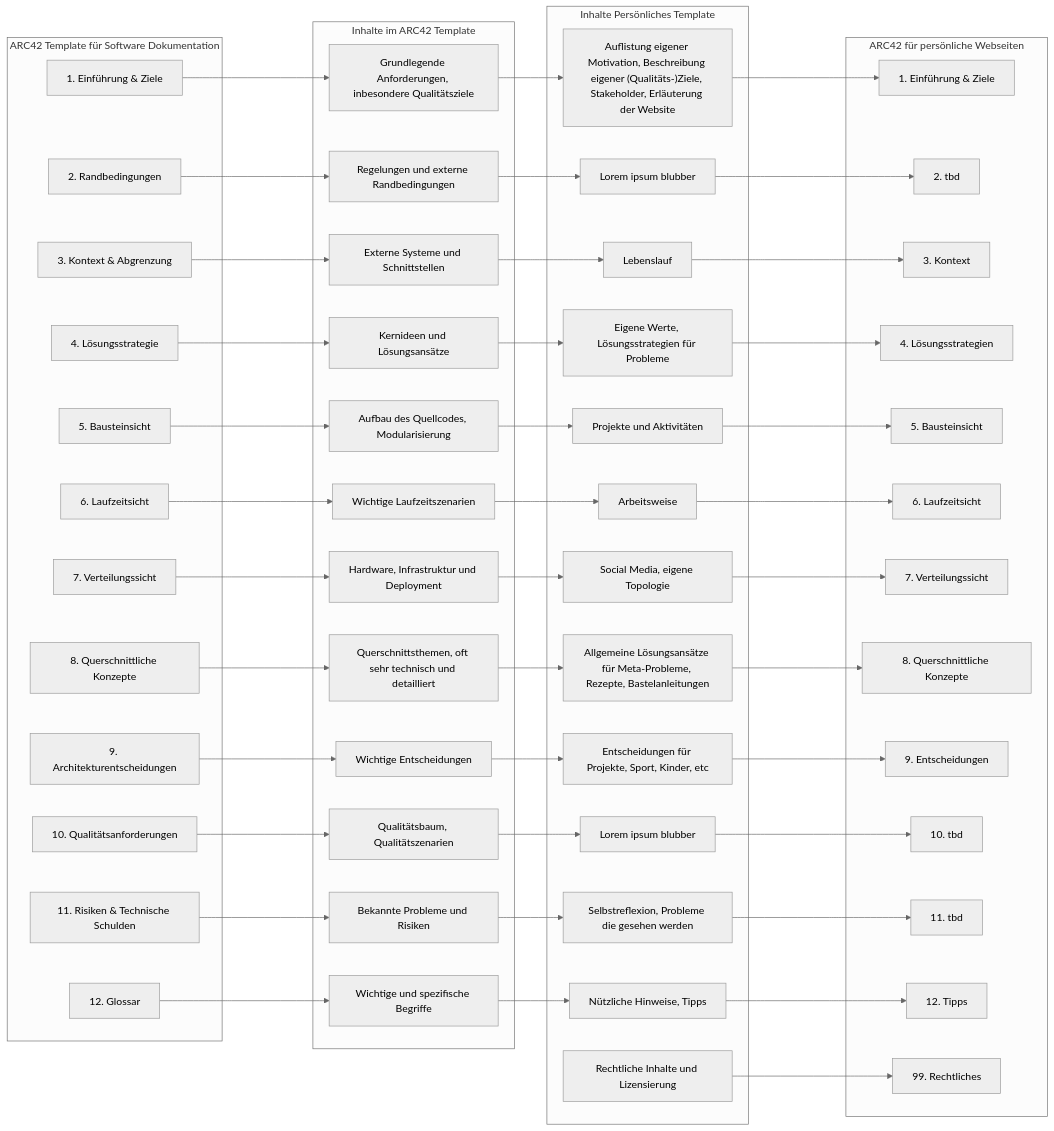
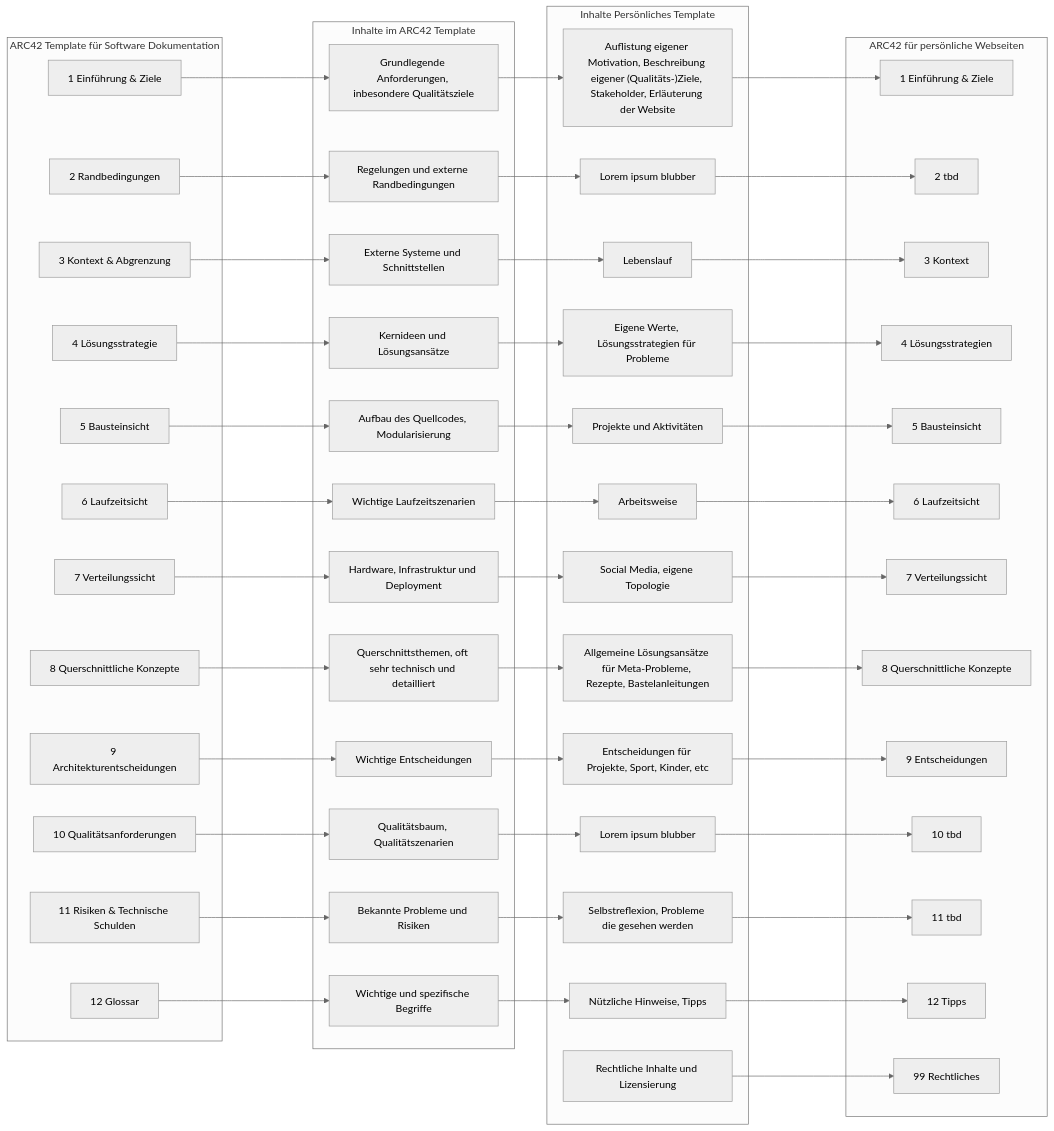
One commit to md42/arc42-website changed the diagram in docs/einfuehrung/mapping.md. Above: the diagram before and after it, drawn with Mermaid (neutral theme).

````diff
--- a/docs/einfuehrung/mapping.md
+++ b/docs/einfuehrung/mapping.md
@@ -9,78 +9,78 @@
 ```mermaid
 flowchart LR
     subgraph arc42-software[ARC42 Template für Software Dokumentation]
-        oGoals[1. Einführung & Ziele]
-        oConstraints[2. Randbedingungen]
-        oContext[3. Kontext & Abgrenzung]
-        oSolution[4. Lösungsstrategie]
-        oBlocks[5. Bausteinsicht]
-        oRuntime[6. Laufzeitsicht]
-        oDistribution[7. Verteilungssicht]
-        oCross[8. Querschnittliche Konzepte]
-        oArc[9. Architekturentscheidungen]
-        oQA[10. Qualitätsanforderungen]
-        oRisks[11. Risiken & Technische Schulden]
-        oGlossar[12. Glossar]
+        oGoals[1 Einführung & Ziele]
+        oConstraints[2 Randbedingungen]
+        oContext[3 Kontext & Abgrenzung]
+        oSolution[4 Lösungsstrategie]
+        oBlocks[5 Bausteinsicht]
+        oRuntime[6 Laufzeitsicht]
+        oDistribution[7 Verteilungssicht]
+        oCross[8 Querschnittliche Konzepte]
+        oArc[9 Architekturentscheidungen]
+        oQA[10 Qualitätsanforderungen]
+        oRisks[11 Risiken & Technische Schulden]
+        oGlossar[12 Glossar]
     end
 
     subgraph oContent[Inhalte im ARC42 Template]
         ocGoals[Grundlegende Anforderungen, inbesondere Qualitätsziele]
         ocConstraints[Regelungen und externe Randbedingungen]
         ocContext[Externe Systeme und Schnittstellen]
         ocSolution[Kernideen und Lösungsansätze]
         ocBlocks[Aufbau des Quellcodes, Modularisierung]
         ocRuntime[Wichtige Laufzeitszenarien]
         ocDistribution[Hardware, Infrastruktur und Deployment]
         ocCross[Querschnittsthemen, oft sehr technisch und detailliert]
         ocArc[Wichtige Entscheidungen]
         ocQA[Qualitätsbaum, Qualitätszenarien]
         ocRisks[Bekannte Probleme und Risiken]
         ocGlossar[Wichtige und spezifische Begriffe]
     end
 
     subgraph nContent[Inhalte Persönliches Template]
         ncGoals["Auflistung eigener Motivation, Beschreibung eigener (Qualitäts-)Ziele, Stakeholder, Erläuterung der Website"]
         ncConstraints[Lorem ipsum blubber]
         ncContext[Lebenslauf]
         ncSolution[Eigene Werte, Lösungsstrategien für Probleme]
         ncBlocks[Projekte und Aktivitäten]
         ncRuntime[Arbeitsweise]
         ncDistribution[Social Media, eigene Topologie]
         ncCross[Allgemeine Lösungsansätze für Meta-Probleme, Rezepte, Bastelanleitungen]
         ncArc[Entscheidungen für Projekte, Sport, Kinder, etc]
         ncQA[Lorem ipsum blubber]
         ncRisks[Selbstreflexion, Probleme die gesehen werden]
         ncGlossar[Nützliche Hinweise, Tipps]
         ncLegal[Rechtliche Inhalte und Lizensierung]
     end
 
     subgraph arc42-personal[ARC42 für persönliche Webseiten]
-        nGoals[1. Einführung & Ziele]
-        nConstraints[2. tbd]
-        nContext[3. Kontext]
-        nSolution[4. Lösungsstrategien]
-        nBlocks[5. Bausteinsicht]
-        nRuntime[6. Laufzeitsicht]
-        nDistribution[7. Verteilungssicht]
-        nCross[8. Querschnittliche Konzepte]
-        nArc[9. Entscheidungen]
-        nQA[10. tbd]
-        nRisks[11. tbd]
-        nGlossar[12. Tipps]
-        nLegal[99. Rechtliches]
+        nGoals[1 Einführung & Ziele]
+        nConstraints[2 tbd]
+        nContext[3 Kontext]
+        nSolution[4 Lösungsstrategien]
+        nBlocks[5 Bausteinsicht]
+        nRuntime[6 Laufzeitsicht]
+        nDistribution[7 Verteilungssicht]
+        nCross[8 Querschnittliche Konzepte]
+        nArc[9 Entscheidungen]
+        nQA[10 tbd]
+        nRisks[11 tbd]
+        nGlossar[12 Tipps]
+        nLegal[99 Rechtliches]
     end
 
     oGoals ----> ocGoals --> ncGoals ----> nGoals
     oConstraints ----> ocConstraints --> ncConstraints ----> nConstraints
     oContext ----> ocContext --> ncContext ----> nContext
     oSolution ----> ocSolution --> ncSolution ----> nSolution
     oBlocks ----> ocBlocks --> ncBlocks ----> nBlocks
     oRuntime ----> ocRuntime --> ncRuntime ----> nRuntime
     oDistribution ----> ocDistribution --> ncDistribution ----> nDistribution
     oCross ----> ocCross --> ncCross ----> nCross
     oArc ----> ocArc --> ncArc ----> nArc
     oQA ----> ocQA --> ncQA ----> nQA
     oRisks ----> ocRisks --> ncRisks ----> nRisks
     oGlossar ----> ocGlossar --> ncGlossar ----> nGlossar
     ncLegal --> nLegal
 ```
````
